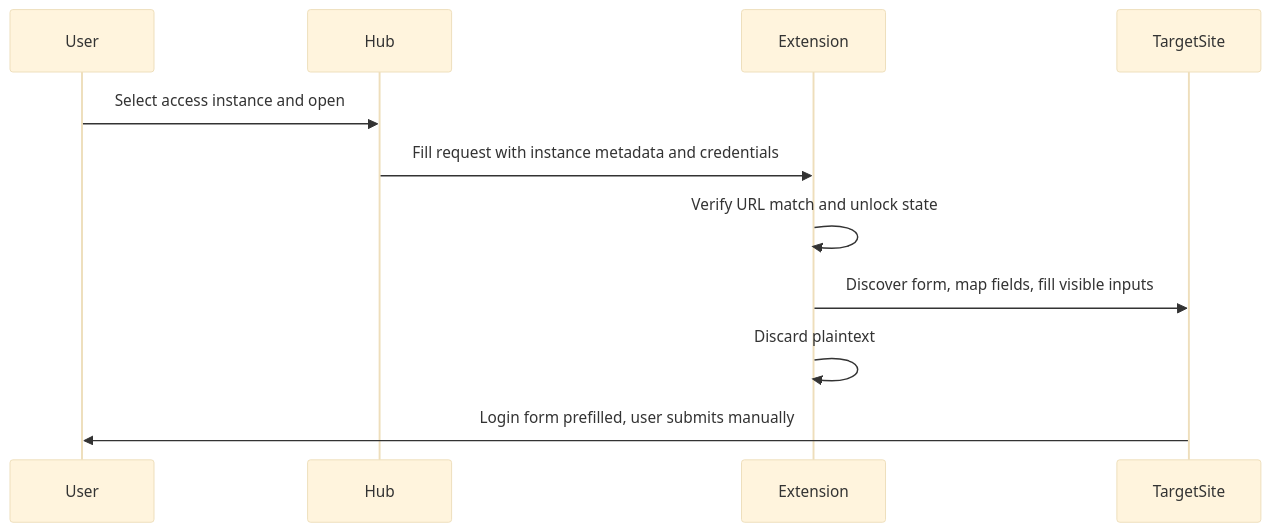
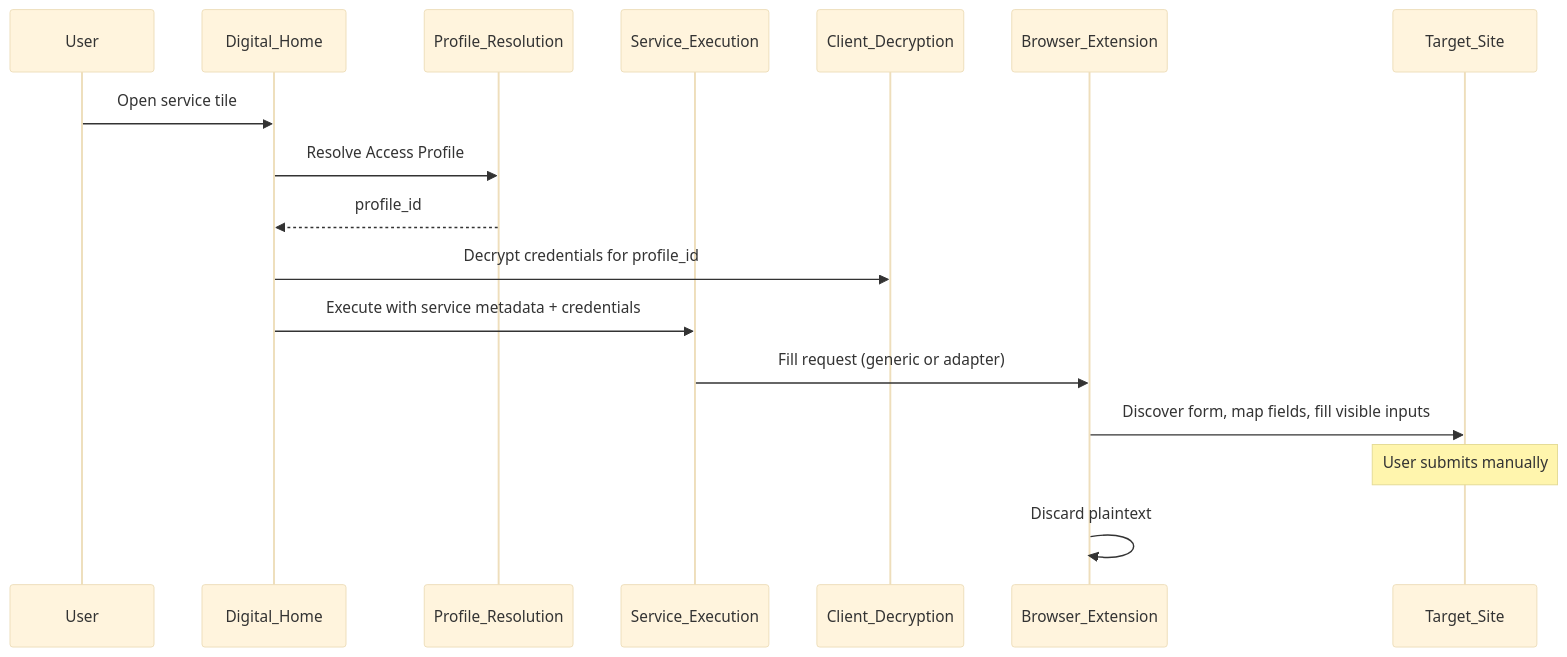
Before and after one commit to yaels3049-max/password-vault: the second of 6 diagrams in docs/HIGH_LEVEL_ARCHITECTURE.md, drawn with Mermaid (base theme). The commit also changed other lines of this file and 67 other files, not shown here.

Commit message:
feat: complete prototype architecture (Phases 1–4)

````diff
--- a/docs/HIGH_LEVEL_ARCHITECTURE.md
+++ b/docs/HIGH_LEVEL_ARCHITECTURE.md
@@ -111,14 +182,20 @@
 ```mermaid
 sequenceDiagram
   participant User
-  participant Hub
-  participant Extension
-  participant TargetSite
+  participant Home as Digital_Home
+  participant Resolve as Profile_Resolution
+  participant Exec as Service_Execution
+  participant Vault as Client_Decryption
+  participant Ext as Browser_Extension
+  participant Site as Target_Site
 
-  User->>Hub: Select access instance and open
-  Hub->>Extension: Fill request with instance metadata and credentials
-  Extension->>Extension: Verify URL match and unlock state
-  Extension->>TargetSite: Discover form, map fields, fill visible inputs
-  Extension->>Extension: Discard plaintext
-  TargetSite->>User: Login form prefilled, user submits manually
+  User->>Home: Open service tile
+  Home->>Resolve: Resolve Access Profile
+  Resolve-->>Home: profile_id
+  Home->>Vault: Decrypt credentials for profile_id
+  Home->>Exec: Execute with service metadata + credentials
+  Exec->>Ext: Fill request (generic or adapter)
+  Ext->>Site: Discover form, map fields, fill visible inputs
+  Note over Site: User submits manually
+  Ext->>Ext: Discard plaintext
 ```
````
